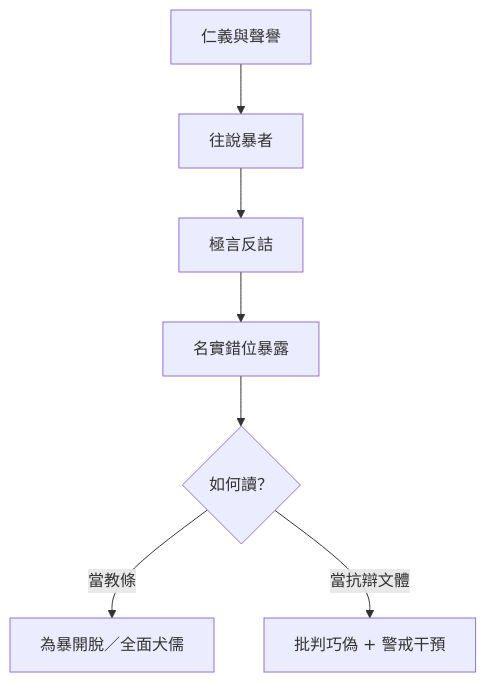
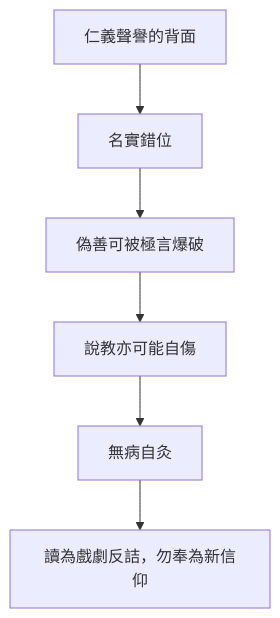
The diagram in content/chapters/03-雜篇/29-盜跖.md (show0621/zhuangzi-atlas), drawn with Mermaid before and after one commit. The commit also changed other lines of this file and 61 other files, not shown here.

First line of the commit message:
editorial: §16 心智圖改為思想收束，與結構圖分工

````diff
--- a/content/chapters/03-雜篇/29-盜跖.md
+++ b/content/chapters/03-雜篇/29-盜跖.md
@@ -201,9 +202,8 @@
 ```mermaid
-flowchart TD
-  A[仁義與聲譽] --> B[往說暴者]
-  B --> C[極言反詰]
-  C --> D[名實錯位暴露]
-  D --> E{如何讀？}
-  E -->|當教條| F[為暴開脫／全面犬儒]
-  E -->|當抗辯文體| G[批判巧偽 + 警戒干預]
+flowchart TB
+  Q[仁義聲譽的背面] --> N[名實錯位]
+  N --> H[偽善可被極言爆破]
+  H --> S[說教亦可能自傷]
+  S --> W[無病自灸]
+  W --> R[讀為戲劇反詰，勿奉為新信仰]
 ```
````
